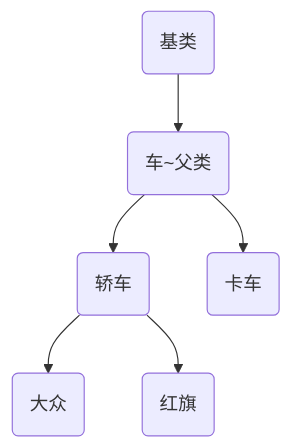
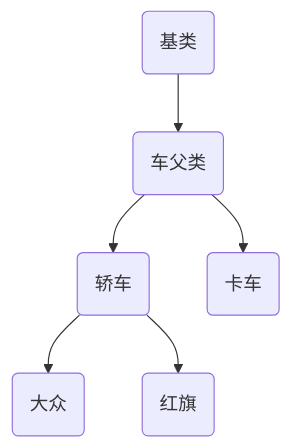
Before and after one commit to zhushiyu1216/Objective-C: the diagram in chapter6/readme.md, drawn with Mermaid.

````diff
--- a/chapter6/readme.md
+++ b/chapter6/readme.md
@@ -12,8 +12,8 @@
 ``` mermaid
     graph TB
-    A(基类) -->B(车~父类)
+    A(基类) -->B(车父类)
     B --> C(轿车)
     B --> D(卡车)
     C --> E(大众)
     C --> F(红旗)
 ```
````
